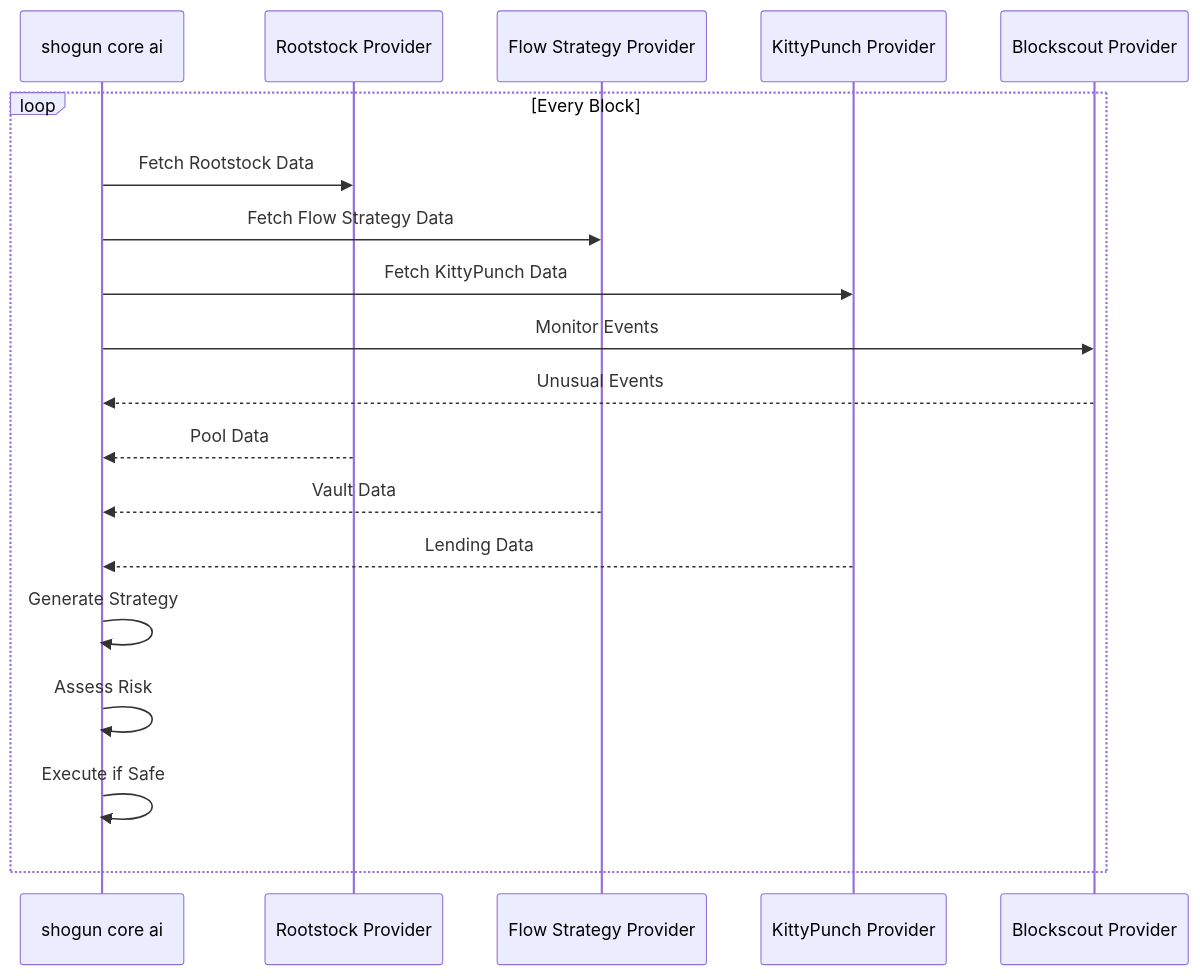
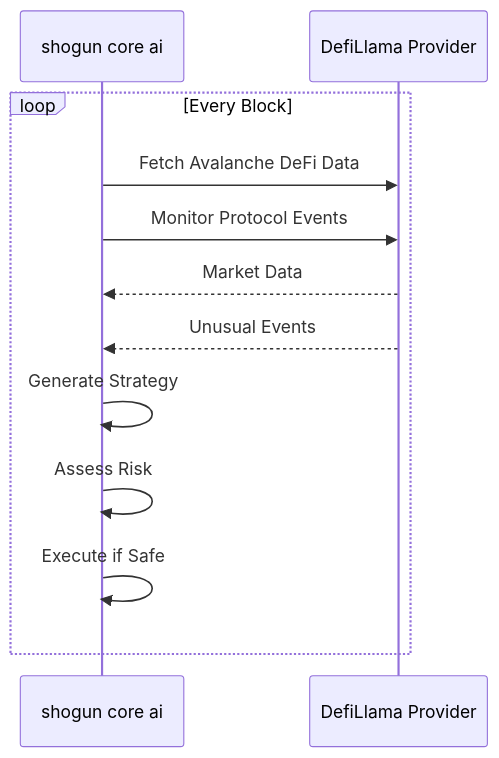
One commit to shogunprotocol/shogun-ai-core changed the third of 6 diagrams in docs/SHOGUN_CORE_AI_ARCHITECTURE.md. Above: the diagram before and after it, drawn with Mermaid. The commit also changed other lines of this file and 7 other files, not shown here.

````diff
--- a/docs/SHOGUN_CORE_AI_ARCHITECTURE.md
+++ b/docs/SHOGUN_CORE_AI_ARCHITECTURE.md
@@ -54,24 +57,17 @@
 ```mermaid
 sequenceDiagram
     participant ShogunCoreAI as shogun core ai
-    participant RS as Rootstock Provider
-    participant FS as Flow Strategy Provider
-    participant KP as KittyPunch Provider
-    participant BS as Blockscout Provider
+    participant DL as DefiLlama Provider
     
     loop Every Block
-        ShogunCoreAI->>RS: Fetch Rootstock Data
-        ShogunCoreAI->>FS: Fetch Flow Strategy Data
-        ShogunCoreAI->>KP: Fetch KittyPunch Data
-        ShogunCoreAI->>BS: Monitor Events
+        ShogunCoreAI->>DL: Fetch Avalanche DeFi Data
+        ShogunCoreAI->>DL: Monitor Protocol Events
         
-        BS-->>ShogunCoreAI: Unusual Events
-        RS-->>ShogunCoreAI: Pool Data
-        FS-->>ShogunCoreAI: Vault Data
-        KP-->>ShogunCoreAI: Lending Data
+        DL-->>ShogunCoreAI: Market Data
+        DL-->>ShogunCoreAI: Unusual Events
         
         ShogunCoreAI->>ShogunCoreAI: Generate Strategy
         ShogunCoreAI->>ShogunCoreAI: Assess Risk
         ShogunCoreAI->>ShogunCoreAI: Execute if Safe
     end
 ```
````
